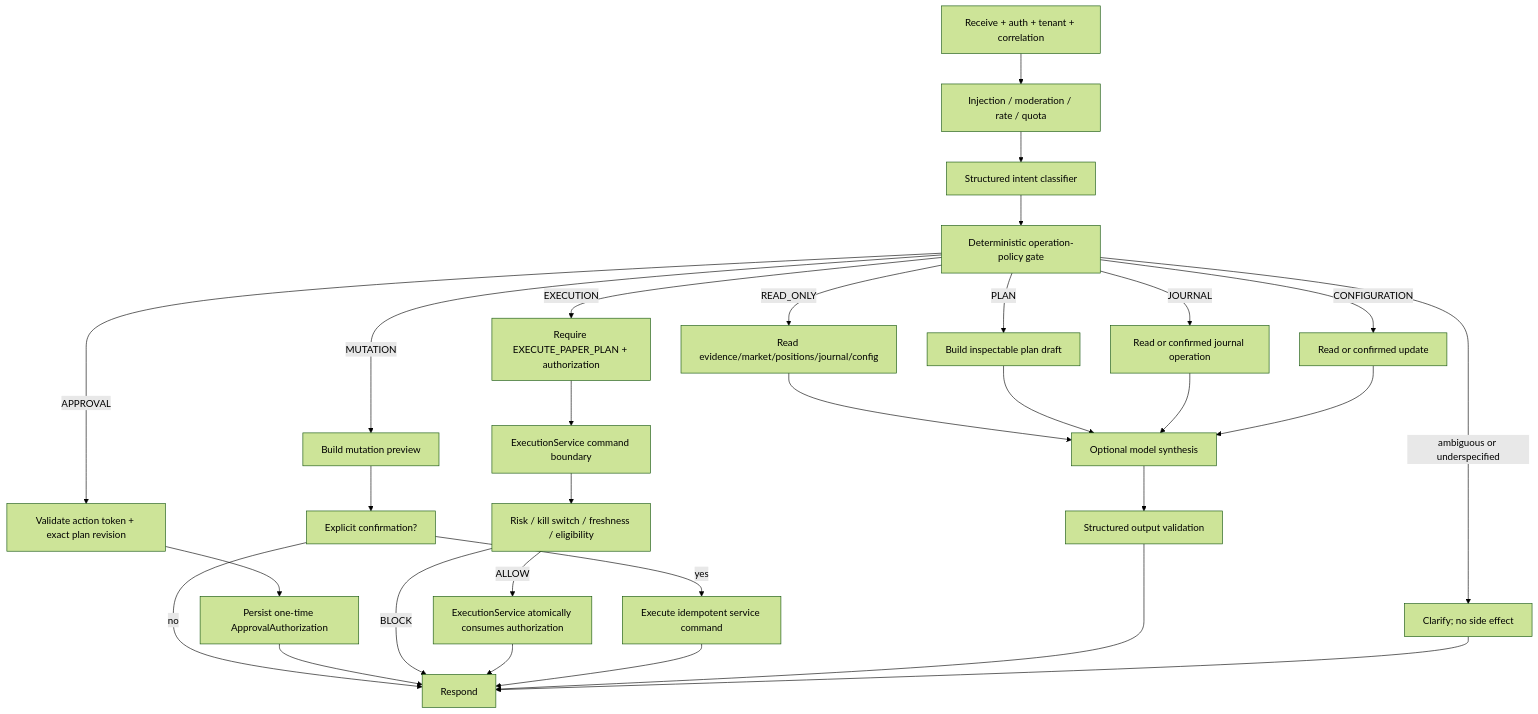
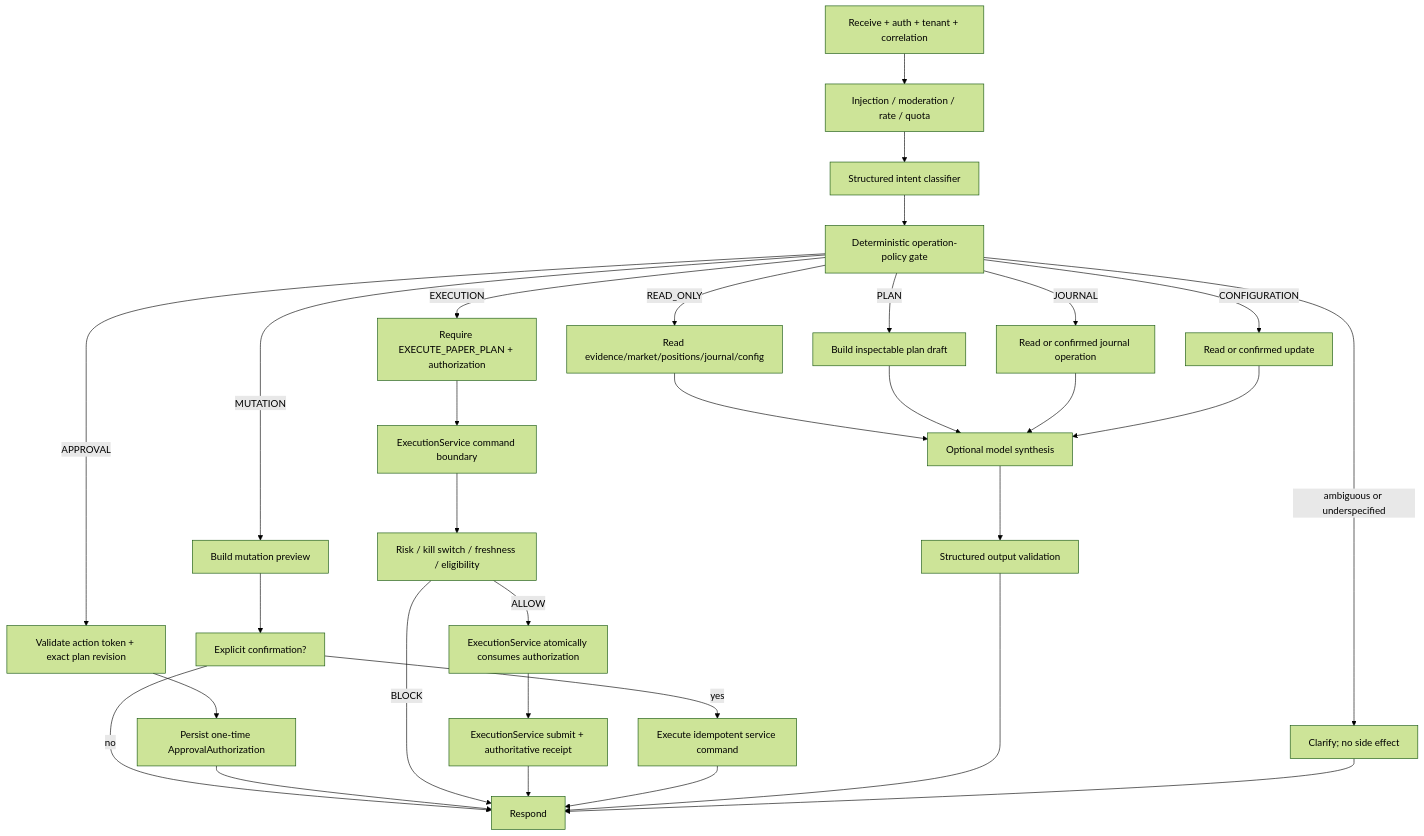
The third of 6 diagrams in docs/redesign/agentic_redesign_target_architecture.md (Fejjii/AlphaTrade-AI), drawn with Mermaid (forest theme) before and after one commit. The commit also changed other lines of this file, not shown here.

Commit message:
docs: make blocked execution paths explicit

````diff
--- a/docs/redesign/agentic_redesign_target_architecture.md
+++ b/docs/redesign/agentic_redesign_target_architecture.md
@@ -201,32 +202,33 @@
 ```mermaid
 flowchart TD
     RCV["Receive + auth + tenant + correlation"] --> GRD["Injection / moderation / rate / quota"]
     GRD --> IC["Structured intent classifier"]
     IC --> POL["Deterministic operation-policy gate"]
     POL -->|ambiguous or underspecified| CLAR["Clarify; no side effect"]
     POL -->|READ_ONLY| READ["Read evidence/market/positions/journal/config"]
     POL -->|PLAN| PLAN["Build inspectable plan draft"]
     POL -->|MUTATION| PREVIEW["Build mutation preview"]
     POL -->|APPROVAL| APPA["Validate action token + exact plan revision"]
     POL -->|EXECUTION| EXEG["Require EXECUTE_PAPER_PLAN + authorization"]
     POL -->|CONFIGURATION| CFG["Read or confirmed update"]
     POL -->|JOURNAL| JOP["Read or confirmed journal operation"]
     PREVIEW --> CONF["Explicit confirmation?"]
     CONF -->|no| RESP["Respond"]
     CONF -->|yes| MUT["Execute idempotent service command"]
     APPA --> AUTHZ["Persist one-time ApprovalAuthorization"]
     AUTHZ --> RESP
     EXEG --> ES["ExecutionService command boundary"]
     ES --> RISK["Risk / kill switch / freshness / eligibility"]
     RISK -->|BLOCK| RESP
     RISK -->|ALLOW| CONS["ExecutionService atomically consumes authorization"]
-    CONS --> RESP
+    CONS --> SUBMIT["ExecutionService submit + authoritative receipt"]
+    SUBMIT --> RESP
     READ --> SYN["Optional model synthesis"]
     PLAN --> SYN
     JOP --> SYN
     CFG --> SYN
     MUT --> RESP
     SYN --> VAL["Structured output validation"]
     VAL --> RESP
     CLAR --> RESP
 ```
````
